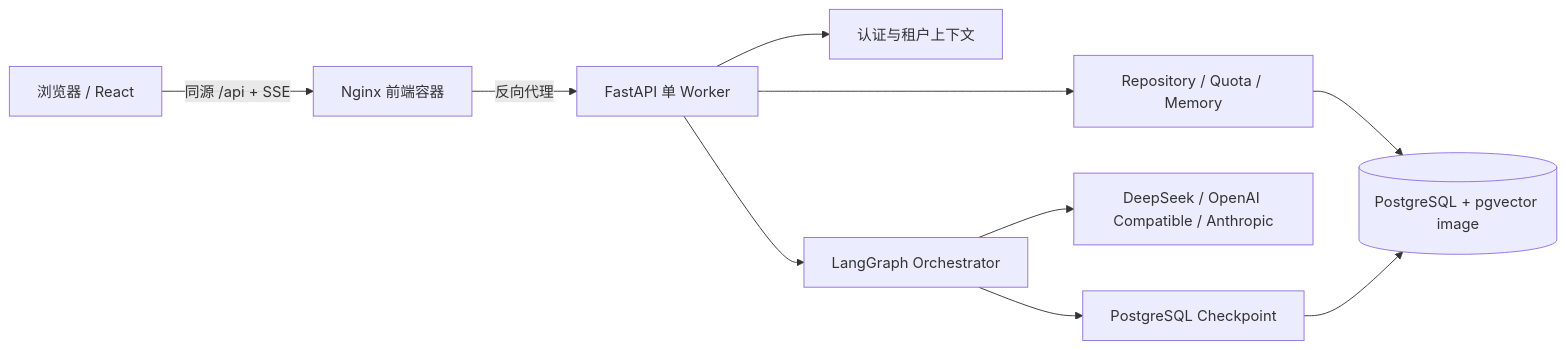
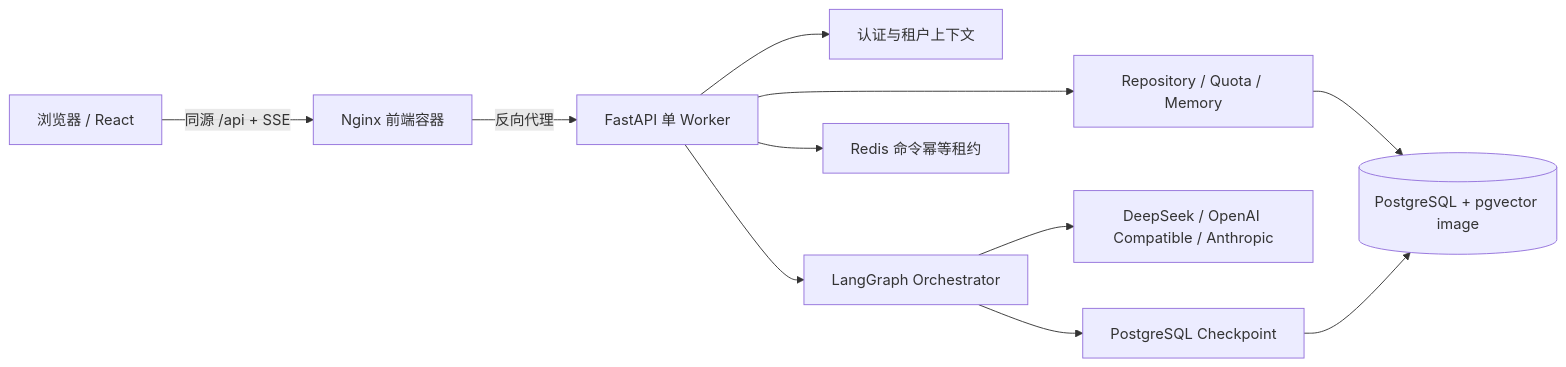
One commit to Requim/AI-writter changed the first of 2 diagrams in README.md. Above: the diagram before and after it, drawn with Mermaid. The commit also changed other lines of this file and 83 other files, not shown here.

````diff
--- a/README.md
+++ b/README.md
@@ -26,12 +26,13 @@
 ```mermaid
 flowchart LR
     B["浏览器 / React"] -->|"同源 /api + SSE"| N["Nginx 前端容器"]
     N -->|"反向代理"| F["FastAPI 单 Worker"]
     F --> A["认证与租户上下文"]
     F --> O["LangGraph Orchestrator"]
     F --> R["Repository / Quota / Memory"]
+    F --> I["Redis 命令幂等租约"]
     O --> L["DeepSeek / OpenAI Compatible / Anthropic"]
     O --> C["PostgreSQL Checkpoint"]
     R --> P[("PostgreSQL + pgvector image")]
     C --> P
 ```
````
